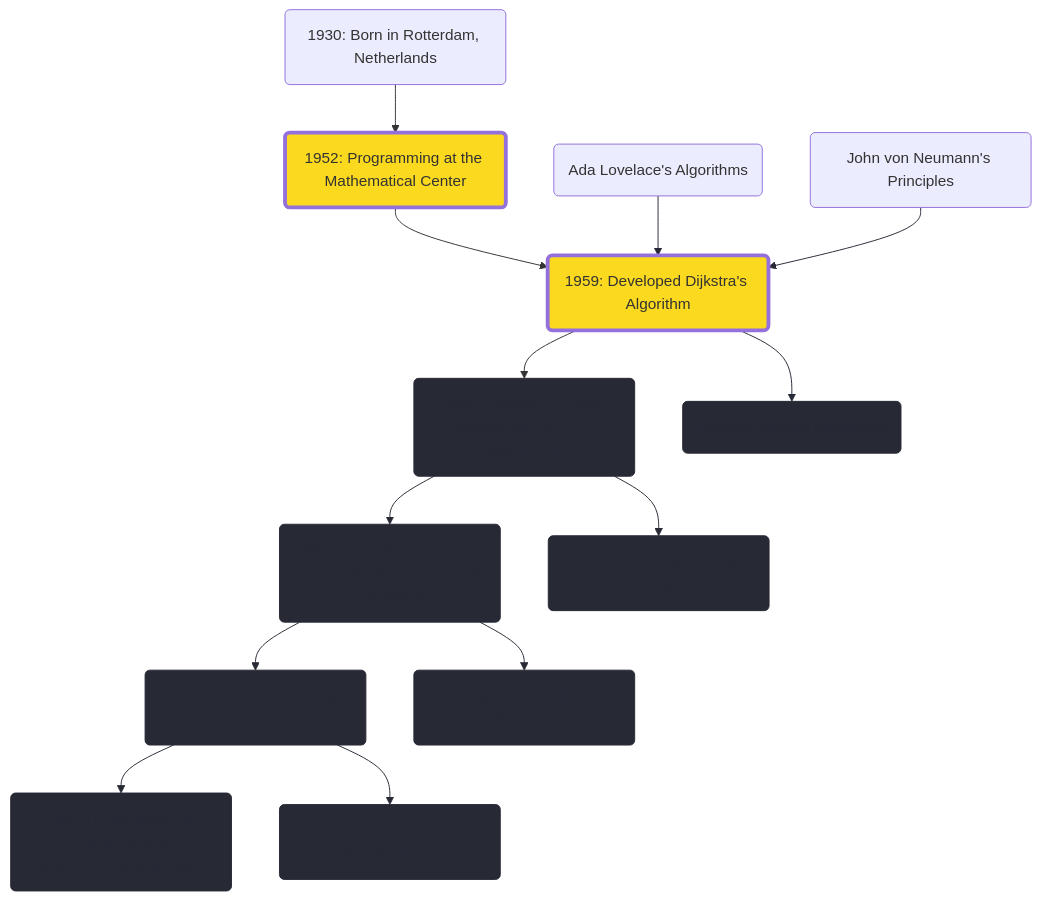
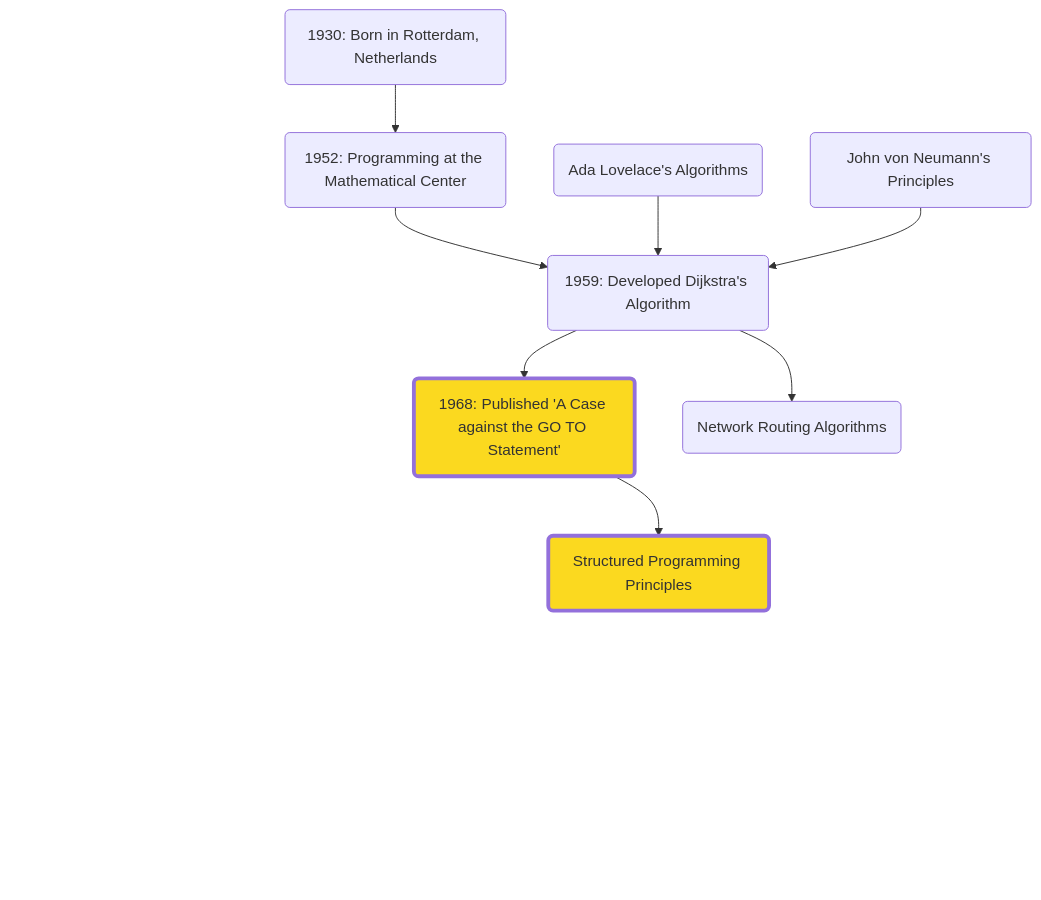
The second of 5 diagrams in pages/act-2.md (Furkanzmc/cppnorth-2024-shoulders-we-stand-on), drawn with Mermaid before and after one commit. The commit also changed other lines of this file and 8 other files, not shown here.

Commit message:
Add citations, act 4 rough draft, and more diagrams

````diff
--- a/pages/act-2.md
+++ b/pages/act-2.md
@@ -144,44 +147,30 @@
 ```mermaid {theme: 'neutral', scale: 0.5}
 graph TD
     %% Edsger W. Dijkstra's life
     A(1930: Born in Rotterdam, Netherlands) --> B(1952: Programming at the Mathematical Center)
     B --> C(1959: Developed Dijkstra's Algorithm)
     C --> D(1968: Published 'A Case against the GO TO Statement')
     D --> E(1965: Semaphore Concept in 'Coordinating Concurrent Processes')
     E --> F(1971: Introduced Dining Philosophers Problem)
     F --> G(1984: Turing Award for contributions to programming languages)
 
     %% Influences on Dijkstra
     X1(Ada Lovelace's Algorithms) --> C
     X2(John von Neumann's Principles) --> C
 
     %% Dijkstra's influences on others
     C --> Y1(Network Routing Algorithms)
     D --> Y2(Structured Programming Principles)
     E --> Y3(Research in Distributed Systems)
     F --> Y4(Concepts in Concurrent Programming)
 
-    classDef grayout fill:#272935,stroke:#272935,stroke-width:1px,color:#272935;
+    classDef grayout fill:transparent,stroke:transparent,stroke-width:0px,color:transparent;
     classDef highlight fill:#fbd91f,stroke:#33,stroke-width:4px;
+
+    class D highlight;
+    class Y2 highlight;
     
-    class B highlight;
-    class C highlight;
-    class D grayout;
-    class E grayout;
-    class F grayout;
-    class G grayout;
-    class Y1 grayout;
-    class Y2 grayout;
-    class Y3 grayout;
-    class Y4 grayout;
-    
-    linkStyle 3 stroke:#272935,stroke-width:1px;
-    linkStyle 4 stroke:#272935,stroke-width:1px;
-    linkStyle 5 stroke:#272935,stroke-width:1px;
-    linkStyle 6 stroke:#272935,stroke-width:1px;
-    linkStyle 7 stroke:#272935,stroke-width:1px;
-    linkStyle 8 stroke:#272935,stroke-width:1px;
-    linkStyle 9 stroke:#272935,stroke-width:1px;
-    linkStyle 10 stroke:#272935,stroke-width:1px;
-    linkStyle 11 stroke:#272935,stroke-width:1px;
+    class E,F,G,Y3,Y4 grayout;
+
+    linkStyle 3,4,5,10,11 display:none;
 ```
````
